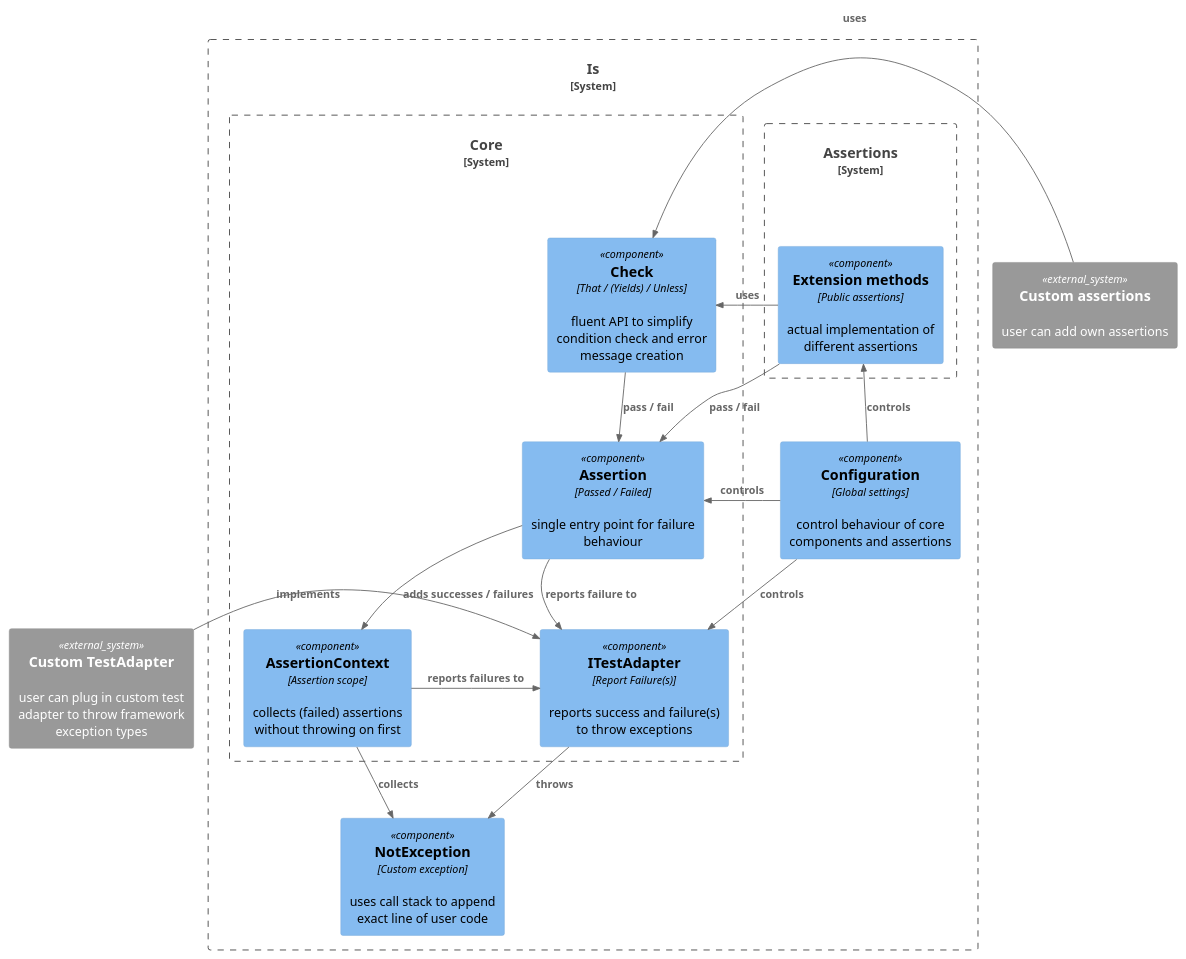
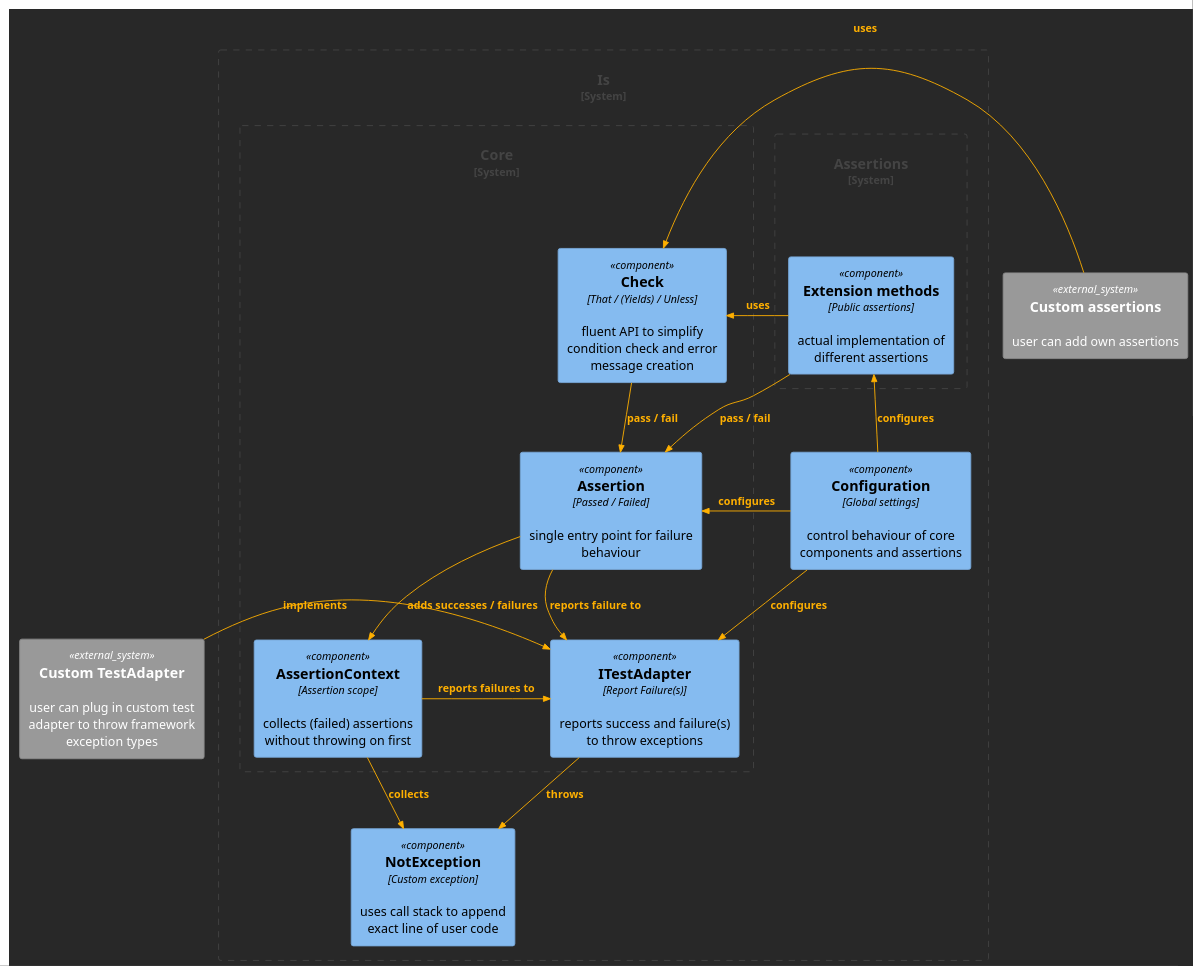
One commit to chrismo80/Is changed the diagram in Docs/Architecture.plantuml. Above: the diagram before and after it, drawn with PlantUML. The commit also changed 1 other file, not shown here.

Commit message:
Update architecture

```diff
--- a/Docs/Architecture.plantuml
+++ b/Docs/Architecture.plantuml
@@ -1,46 +1,48 @@
 @startuml "Architecture"
 
 !include <C4/C4_Component>
+
+!theme crt-amber
 
 ' left to right direction
 
 System_Ext(ca, "Custom assertions", "user can add own assertions")
 System_Ext(cta, "Custom TestAdapter", "user can plug in custom test adapter to throw framework exception types")
 
 System_Boundary(Is, "Is") {
     Component(ex, "NotException", "Custom exception", "uses call stack to append exact line of user code")
     Component(conf, "Configuration", "Global settings", "control behaviour of core components and assertions")
 
     System_Boundary(Assertions, "Assertions") {
         Component(ext, "Extension methods", "Public assertions", "actual implementation of different assertions")
         }
 
     System_Boundary(Core, "Core") {
         Component(ass, "Assertion", "Passed / Failed", "single entry point for failure behaviour")
         Component(check, "Check", "That / (Yields) / Unless", "fluent API to simplify condition check and error message creation")
         Component(ctx, "AssertionContext", "Assertion scope", "collects (failed) assertions without throwing on first")
         Component(ita, "ITestAdapter", "Report Failure(s)", "reports success and failure(s) to throw exceptions")
         }
     }
 }
 
 Rel(ass, ita, "reports failure to")
 Rel(ctx, ex, "collects")
 Rel(ita, ex, "throws")
 Rel_R(cta, ita, "implements")
 
 Rel_U(ext, check, "uses")
 Rel(ext, ass, "pass / fail")
 Rel_L(ca, check, "uses")
 
 Rel_L(ctx, ita, "reports failures to")
 
 Rel(check, ass, "pass / fail")
 Rel(ass, ctx, "adds successes / failures")
 
-Rel_R(conf, ass, "controls")
-Rel(conf, ita, "controls")
-Rel_U(conf, ext, "controls")
+Rel_R(conf, ass, "configures")
+Rel(conf, ita, "configures")
+Rel_U(conf, ext, "configures")
 
 
 @enduml
```
